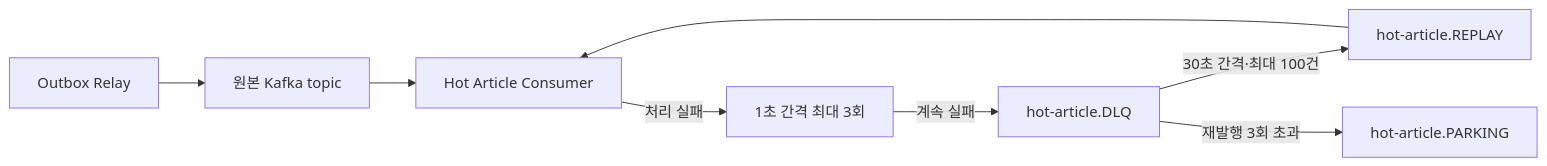
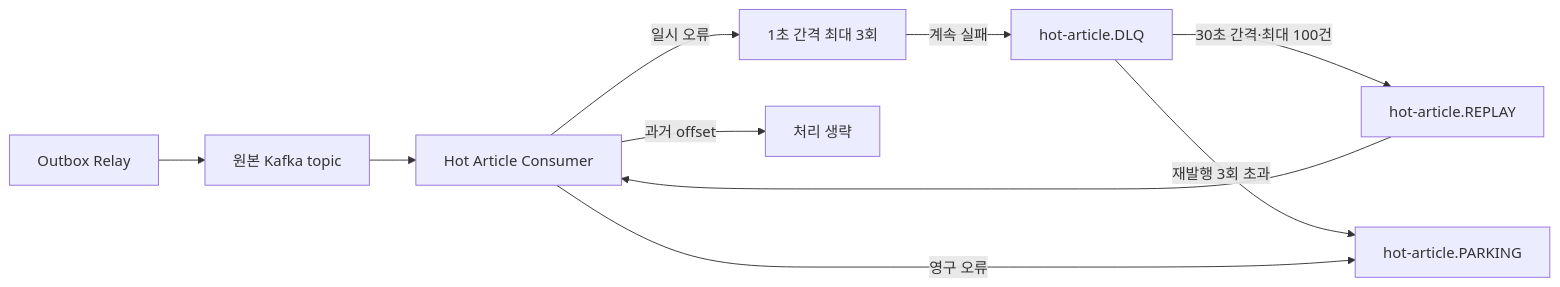
Before and after one commit to ppupy1209/board-study: the diagram in docs/kafka-dlq-recovery.md, drawn with Mermaid. The commit also changed other lines of this file and 19 other files, not shown here.

````diff
--- a/docs/kafka-dlq-recovery.md
+++ b/docs/kafka-dlq-recovery.md
@@ -38,10 +48,12 @@
 ```mermaid
 flowchart LR
     A[Outbox Relay] --> B[원본 Kafka topic]
     B --> C[Hot Article Consumer]
-    C -->|처리 실패| D[1초 간격 최대 3회]
+    C -->|일시 오류| D[1초 간격 최대 3회]
     D -->|계속 실패| E[hot-article.DLQ]
     E -->|30초 간격·최대 100건| F[hot-article.REPLAY]
     F --> C
     E -->|재발행 3회 초과| G[hot-article.PARKING]
+    C -->|영구 오류| G
+    C -->|과거 offset| H[처리 생략]
 ```
````
